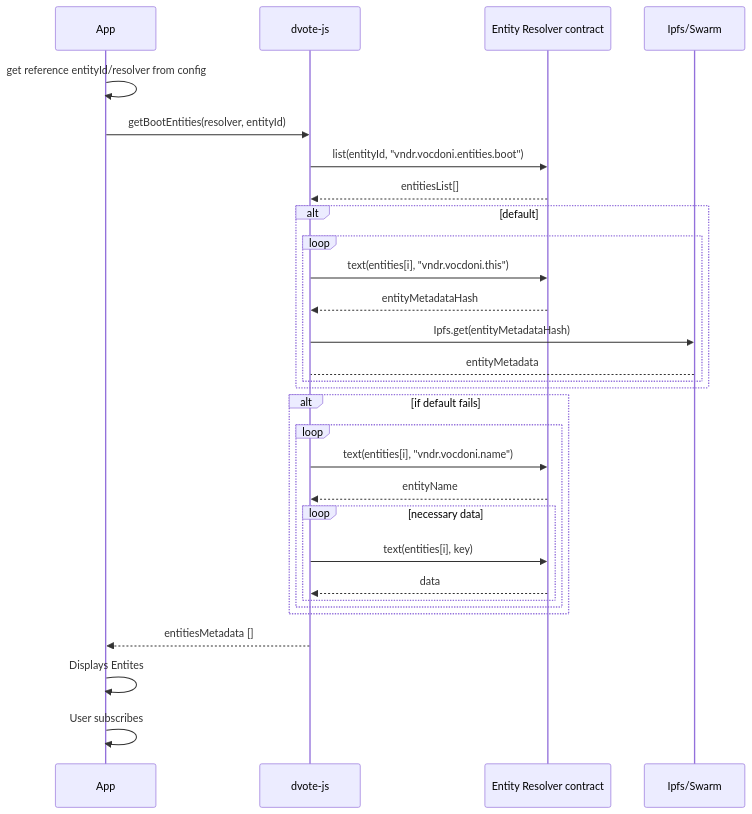
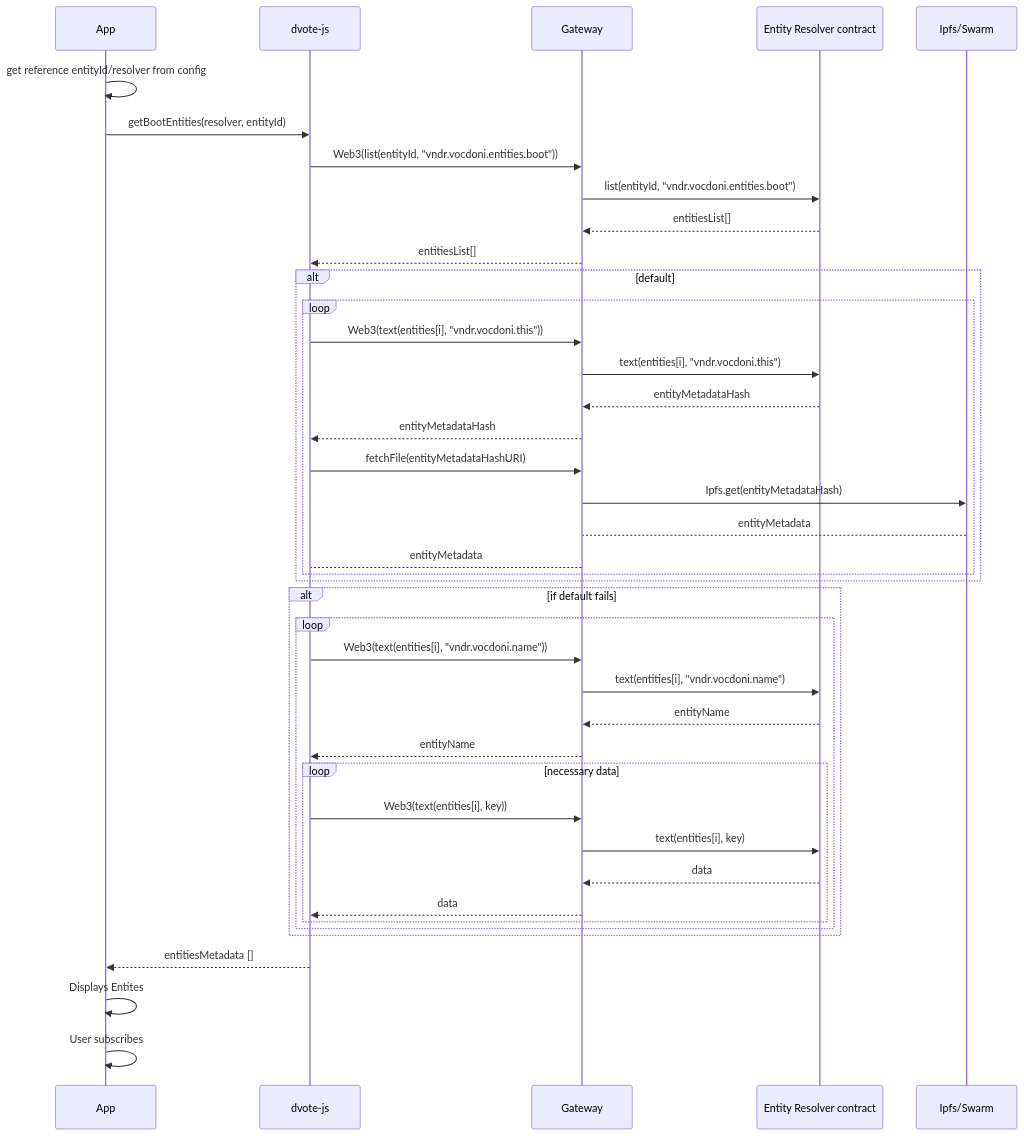
Before and after one commit to vocdoni/docs: the fourth of 15 diagrams in docs/protocol/sequence-diagrams.md, drawn with Mermaid. The commit also changed other lines of this file, not shown here.

Commit message:
modified sequence diagrams to include gateway dependency

````diff
--- a/docs/protocol/sequence-diagrams.md
+++ b/docs/protocol/sequence-diagrams.md
@@ -108,38 +111,49 @@
 ```mermaid
 
 sequenceDiagram
     participant App
     participant DV as dvote-js
+    participant GW as Gateway
     participant ER as Entity Resolver contract
     participant IPFS as Ipfs/Swarm
 
     App->>App: get reference entityId/resolver from config
     App->>DV: getBootEntities(resolver, entityId)
-    DV->>ER: list(entityId, "vndr.vocdoni.entities.boot")
-    ER-->>DV: entitiesList[]
+    DV->>GW: Web3(list(entityId, "vndr.vocdoni.entities.boot"))
+    GW->>ER: list(entityId, "vndr.vocdoni.entities.boot")
+    ER-->>GW: entitiesList[]
+    GW-->>DV: entitiesList[]
 
     alt default
         loop
-            DV->>ER: text(entities[i], "vndr.vocdoni.this")
-            ER-->>DV: entityMetadataHash
-            DV->>IPFS: Ipfs.get(entityMetadataHash)
-            IPFS-->DV: entityMetadata
+            DV->>GW: Web3(text(entities[i], "vndr.vocdoni.this"))
+            GW->>ER: text(entities[i], "vndr.vocdoni.this")
+            ER-->>GW: entityMetadataHash
+            GW-->>DV: entityMetadataHash
+            DV->>GW: fetchFile(entityMetadataHashURI)
+            GW->>IPFS: Ipfs.get(entityMetadataHash)
+            IPFS-->GW: entityMetadata
+            GW-->DV: entityMetadata
         end
     end
 
     alt if default fails
         loop
-            DV->>ER: text(entities[i], "vndr.vocdoni.name")
-            ER-->>DV: entityName
+            DV->>GW: Web3(text(entities[i], "vndr.vocdoni.name"))
+            GW->>ER: text(entities[i], "vndr.vocdoni.name")
+            ER-->>GW: entityName
+            GW-->>DV: entityName
 
             loop necessary data
-                DV->>ER: text(entities[i], key)
-                ER-->>DV: data
+                DV->>GW: Web3(text(entities[i], key))
+                GW->>ER: text(entities[i], key)
+                ER-->>GW: data
+                GW-->>DV: data
             end
         end
     end
 
     DV-->>App:  entitiesMetadata []
     App->>App: Displays Entites
     App->>App: User subscribes
 ```
````
